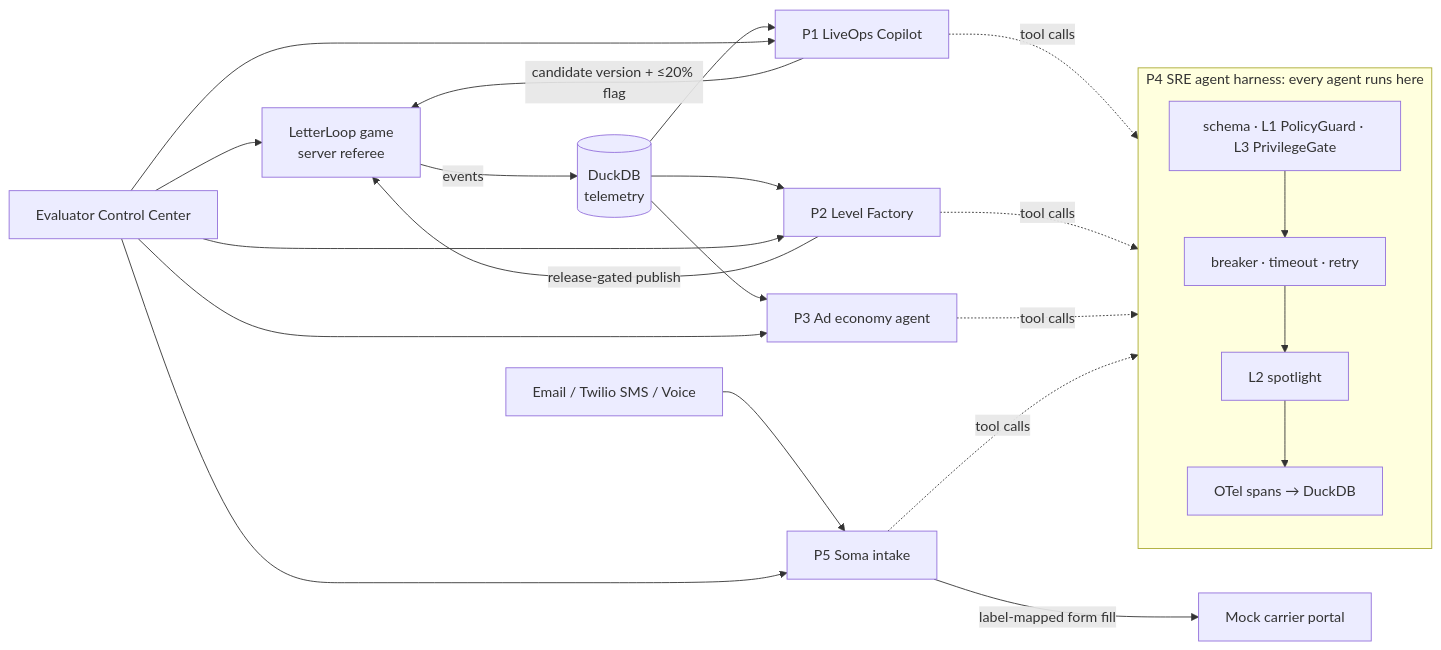
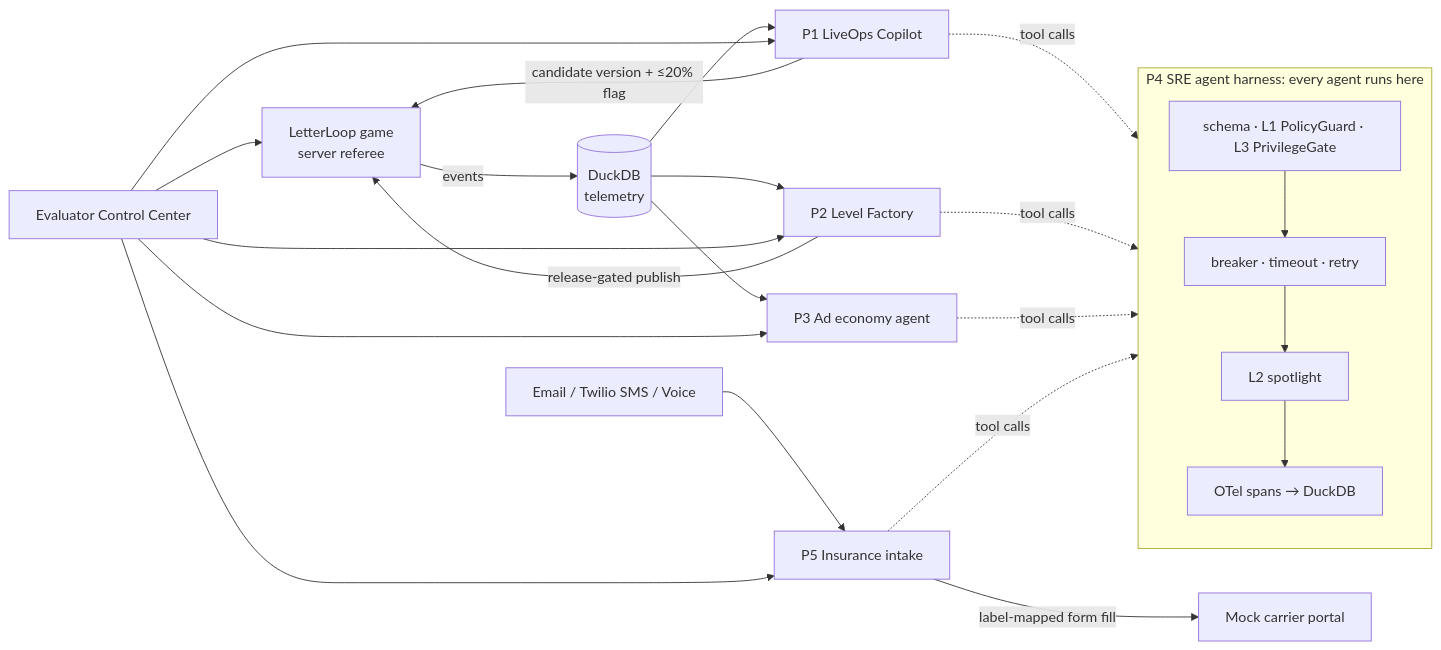
Before and after one commit to akshitsubudhi/wordforge-agents: the diagram in README.md, drawn with Mermaid. The commit also changed other lines of this file and 25 other files, not shown here.

First line of the commit message:
Rename the Soma intake project to Insurance Intake everywhere

````diff
--- a/README.md
+++ b/README.md
@@ -59,17 +59,17 @@
 ```mermaid
 flowchart LR
     G[LetterLoop game<br/>server referee] -->|events| T[(DuckDB<br/>telemetry)]
     T --> C[P1 LiveOps Copilot]
     T --> F[P2 Level Factory]
     T --> A[P3 Ad economy agent]
-    S[Email / Twilio SMS / Voice] --> I[P5 Soma intake]
+    S[Email / Twilio SMS / Voice] --> I[P5 Insurance intake]
     C -->|candidate version + ≤20% flag| G
     F -->|release-gated publish| G
     I -->|label-mapped form fill| P[Mock carrier portal]
     subgraph H[P4 SRE agent harness: every agent runs here]
         direction TB
         V[schema · L1 PolicyGuard · L3 PrivilegeGate] --> R[breaker · timeout · retry] --> L2[L2 spotlight] --> TR[OTel spans → DuckDB]
     end
     C & F & A & I -.tool calls.-> H
     CC[Evaluator Control Center] --> C & F & A & I & G
 ```
````
